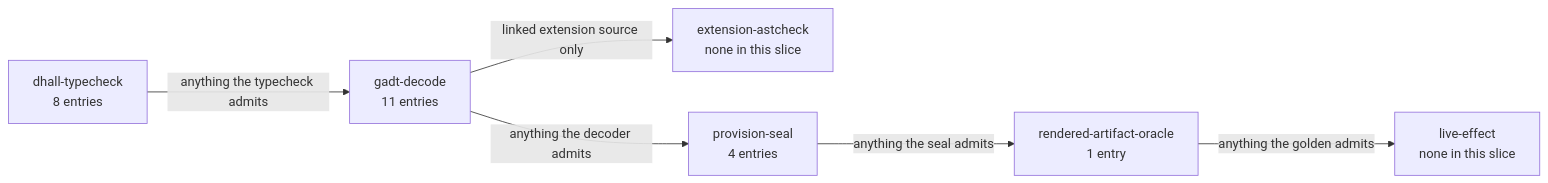
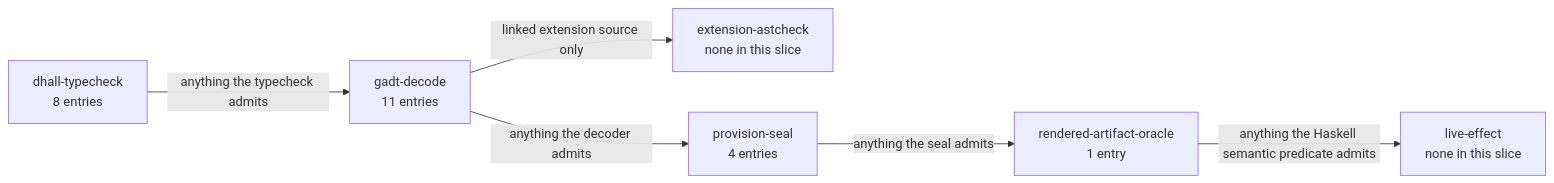
Before and after one commit to Tuee22/amoebius: the diagram in documents/illegal_state/illegal_state_storage.md, drawn with Mermaid. The commit also changed other lines of this file and 219 other files, not shown here.

````diff
--- a/documents/illegal_state/illegal_state_storage.md
+++ b/documents/illegal_state/illegal_state_storage.md
@@ -31,15 +33,15 @@
 ```mermaid
 flowchart LR
   %% register: orientation
   g1["dhall-typecheck<br/>8 entries"]
   g2["gadt-decode<br/>11 entries"]
   g3["extension-astcheck<br/>none in this slice"]
   ps["provision-seal<br/>4 entries"]
   rg["rendered-artifact-oracle<br/>1 entry"]
   le["live-effect<br/>none in this slice"]
   g1 -->|"anything the typecheck admits"| g2
   g2 -->|"linked extension source only"| g3
   g2 -->|"anything the decoder admits"| ps
   ps -->|"anything the seal admits"| rg
-  rg -->|"anything the golden admits"| le
+  rg -->|"anything the Haskell semantic predicate admits"| le
 ```
````
